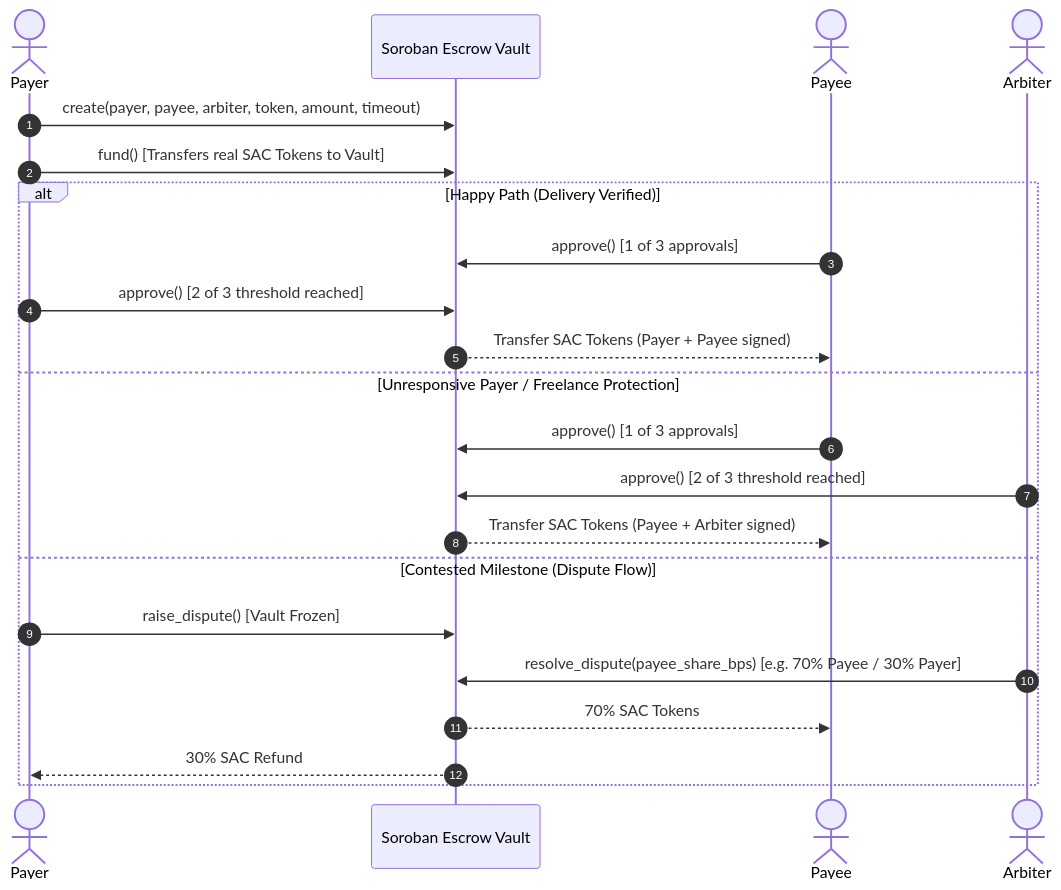
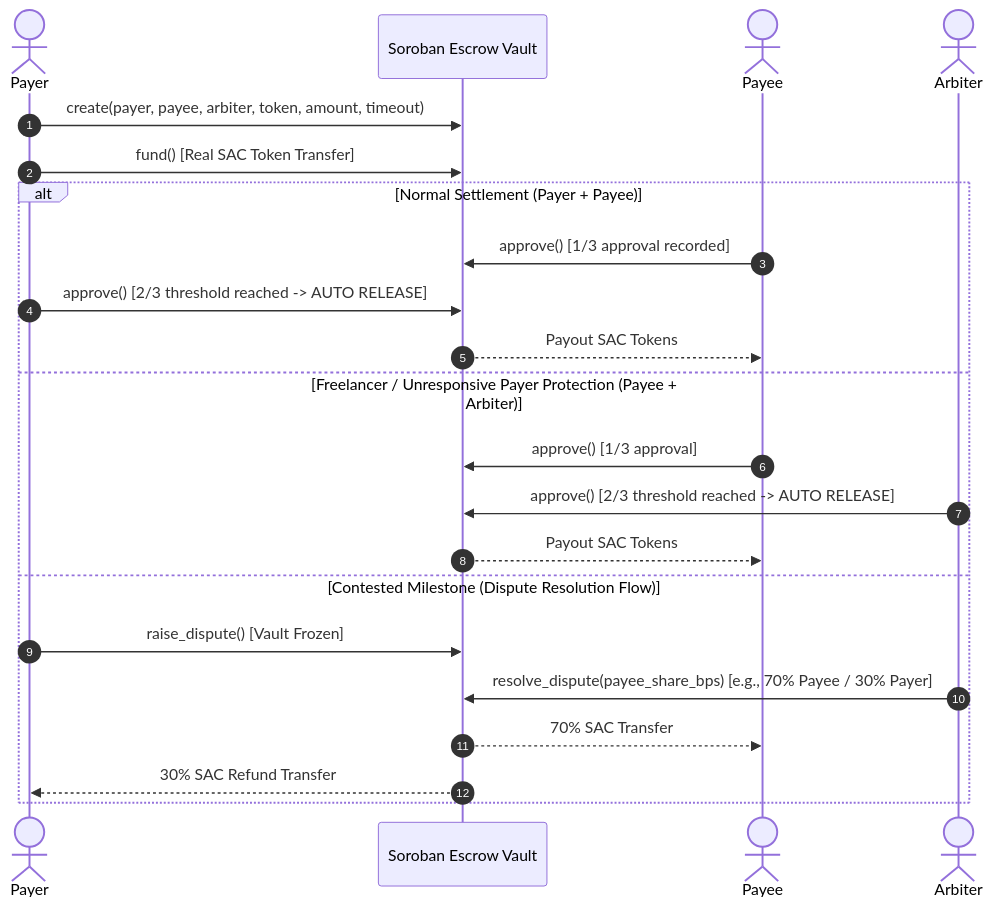
The diagram in README.md (ps910/StellarSwap-Pro), drawn with Mermaid before and after one commit. The commit also changed other lines of this file and 7 other files, not shown here.

````diff
--- a/README.md
+++ b/README.md
@@ -54,26 +72,26 @@
 ```mermaid
 sequenceDiagram
     autonumber
     actor Payer
     participant EscrowContract as Soroban Escrow Vault
     actor Payee
     actor Arbiter
 
     Payer->>EscrowContract: create(payer, payee, arbiter, token, amount, timeout)
-    Payer->>EscrowContract: fund() [Transfers real SAC Tokens to Vault]
+    Payer->>EscrowContract: fund() [Real SAC Token Transfer]
     
-    alt Happy Path (Delivery Verified)
-        Payee->>EscrowContract: approve() [1 of 3 approvals]
-        Payer->>EscrowContract: approve() [2 of 3 threshold reached]
-        EscrowContract-->>Payee: Transfer SAC Tokens (Payer + Payee signed)
-    else Unresponsive Payer / Freelance Protection
-        Payee->>EscrowContract: approve() [1 of 3 approvals]
-        Arbiter->>EscrowContract: approve() [2 of 3 threshold reached]
-        EscrowContract-->>Payee: Transfer SAC Tokens (Payee + Arbiter signed)
-    else Contested Milestone (Dispute Flow)
+    alt Normal Settlement (Payer + Payee)
+        Payee->>EscrowContract: approve() [1/3 approval recorded]
+        Payer->>EscrowContract: approve() [2/3 threshold reached -> AUTO RELEASE]
+        EscrowContract-->>Payee: Payout SAC Tokens
+    else Freelancer / Unresponsive Payer Protection (Payee + Arbiter)
+        Payee->>EscrowContract: approve() [1/3 approval]
+        Arbiter->>EscrowContract: approve() [2/3 threshold reached -> AUTO RELEASE]
+        EscrowContract-->>Payee: Payout SAC Tokens
+    else Contested Milestone (Dispute Resolution Flow)
         Payer->>EscrowContract: raise_dispute() [Vault Frozen]
-        Arbiter->>EscrowContract: resolve_dispute(payee_share_bps) [e.g. 70% Payee / 30% Payer]
-        EscrowContract-->>Payee: 70% SAC Tokens
-        EscrowContract-->>Payer: 30% SAC Refund
+        Arbiter->>EscrowContract: resolve_dispute(payee_share_bps) [e.g., 70% Payee / 30% Payer]
+        EscrowContract-->>Payee: 70% SAC Transfer
+        EscrowContract-->>Payer: 30% SAC Refund Transfer
     end
 ```
````
